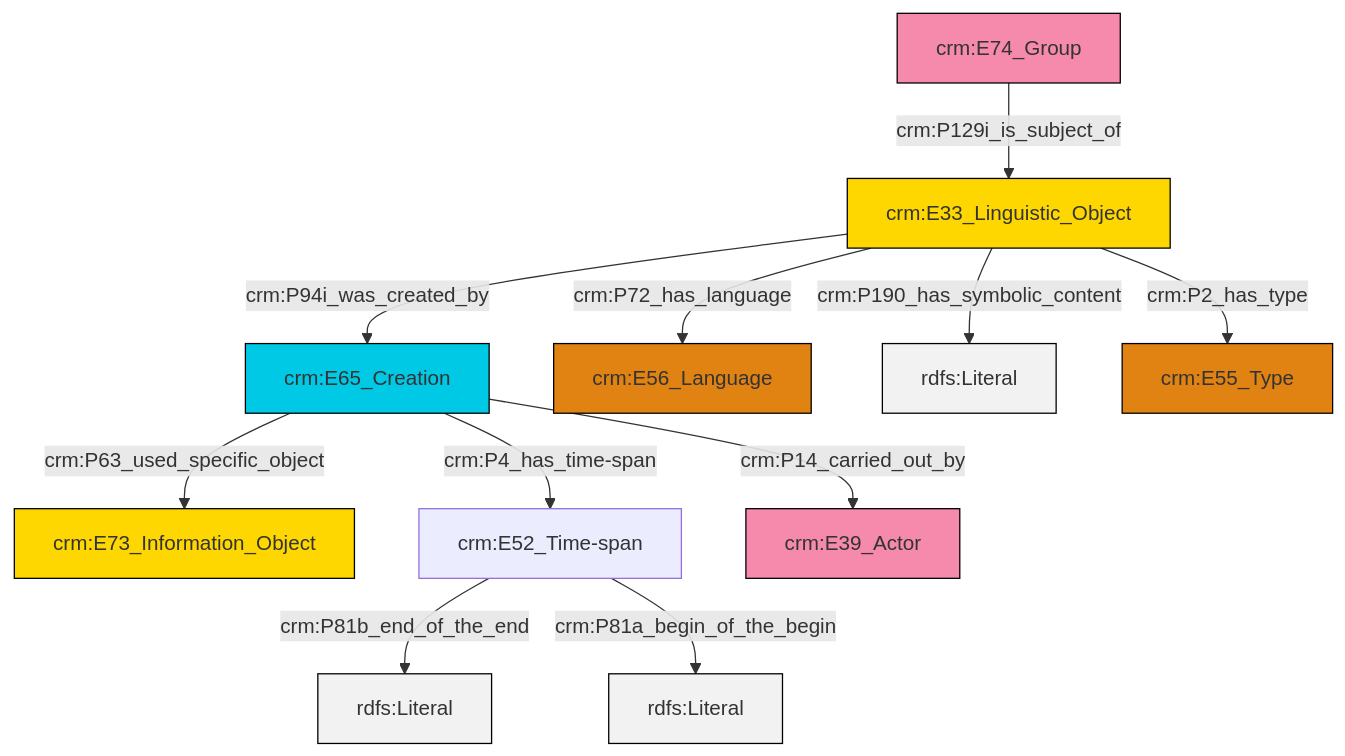
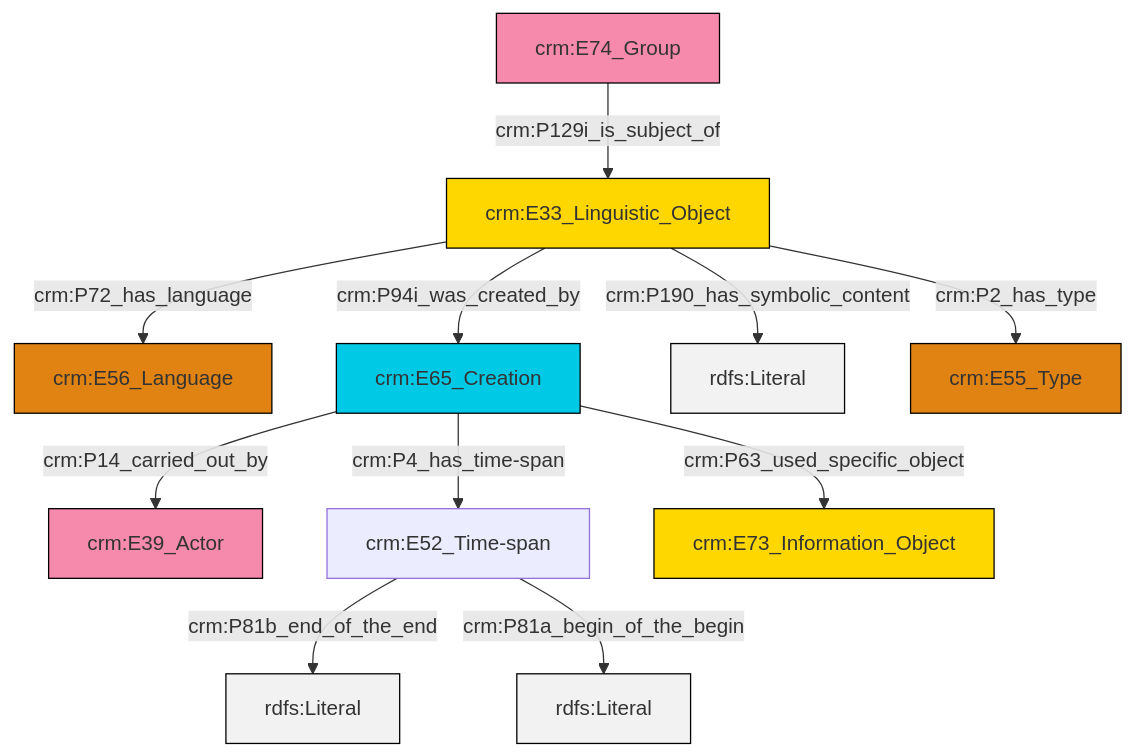
The diagram in et/groupCSV/ttl/mmd/group_description.ttl.mmd (swiss-art-research-net/docs.swissartresearch), drawn with Mermaid before and after one commit. The commit also changed 137 other files, not shown here.

```diff
--- a/et/groupCSV/ttl/mmd/group_description.ttl.mmd
+++ b/et/groupCSV/ttl/mmd/group_description.ttl.mmd
@@ -1,25 +1,25 @@
 graph TD
 classDef Literal fill:#f2f2f2,stroke:#000000;
 classDef CRM_Entity fill:#FFFFFF,stroke:#000000;
 classDef Temporal_Entity fill:#00C9E6, stroke:#000000;
 classDef Type fill:#E18312, stroke:#000000;
 classDef Time-Span fill:#2C9C91, stroke:#000000;
 classDef Appellation fill:#FFEB7F, stroke:#000000;
 classDef Place fill:#008836, stroke:#000000;
 classDef Persistent_Item fill:#B266B2, stroke:#000000;
 classDef Conceptual_Object fill:#FFD700, stroke:#000000;
 classDef Physical_Thing fill:#D2B48C, stroke:#000000;
 classDef Actor fill:#f58aad, stroke:#000000;
 classDef PC_Classes fill:#4ce600, stroke:#000000;
 classDef Multi fill:#cccccc,stroke:#000000;
 
-2["crm:E65_Creation"]:::Temporal_Entity -->|crm:P63_used_specific_object| 3["crm:E73_Information_Object"]:::Conceptual_Object
-4["crm:E52_Time-span"]:::Default -->|crm:P81b_end_of_the_end| 5[rdfs:Literal]:::Literal
-0["crm:E33_Linguistic_Object"]:::Conceptual_Object -->|crm:P72_has_language| 7["crm:E56_Language"]:::Type
-8["crm:E74_Group"]:::Actor -->|crm:P129i_is_subject_of| 0["crm:E33_Linguistic_Object"]:::Conceptual_Object
-0["crm:E33_Linguistic_Object"]:::Conceptual_Object -->|crm:P190_has_symbolic_content| 9[rdfs:Literal]:::Literal
-4["crm:E52_Time-span"]:::Default -->|crm:P81a_begin_of_the_begin| 11[rdfs:Literal]:::Literal
-0["crm:E33_Linguistic_Object"]:::Conceptual_Object -->|crm:P2_has_type| 16["crm:E55_Type"]:::Type
-0["crm:E33_Linguistic_Object"]:::Conceptual_Object -->|crm:P94i_was_created_by| 2["crm:E65_Creation"]:::Temporal_Entity
-2["crm:E65_Creation"]:::Temporal_Entity -->|crm:P4_has_time-span| 4["crm:E52_Time-span"]:::Default
-2["crm:E65_Creation"]:::Temporal_Entity -->|crm:P14_carried_out_by| 14["crm:E39_Actor"]:::Actor
+6["crm:E52_Time-span"]:::Default -->|crm:P81b_end_of_the_end| 7[rdfs:Literal]:::Literal
+6["crm:E52_Time-span"]:::Default -->|crm:P81a_begin_of_the_begin| 8[rdfs:Literal]:::Literal
+9["crm:E65_Creation"]:::Temporal_Entity -->|crm:P4_has_time-span| 6["crm:E52_Time-span"]:::Default
+10["crm:E33_Linguistic_Object"]:::Conceptual_Object -->|crm:P190_has_symbolic_content| 11[rdfs:Literal]:::Literal
+4["crm:E74_Group"]:::Actor -->|crm:P129i_is_subject_of| 10["crm:E33_Linguistic_Object"]:::Conceptual_Object
+10["crm:E33_Linguistic_Object"]:::Conceptual_Object -->|crm:P72_has_language| 2["crm:E56_Language"]:::Type
+9["crm:E65_Creation"]:::Temporal_Entity -->|crm:P14_carried_out_by| 0["crm:E39_Actor"]:::Actor
+10["crm:E33_Linguistic_Object"]:::Conceptual_Object -->|crm:P94i_was_created_by| 9["crm:E65_Creation"]:::Temporal_Entity
+9["crm:E65_Creation"]:::Temporal_Entity -->|crm:P63_used_specific_object| 15["crm:E73_Information_Object"]:::Conceptual_Object
+10["crm:E33_Linguistic_Object"]:::Conceptual_Object -->|crm:P2_has_type| 13["crm:E55_Type"]:::Type
```
